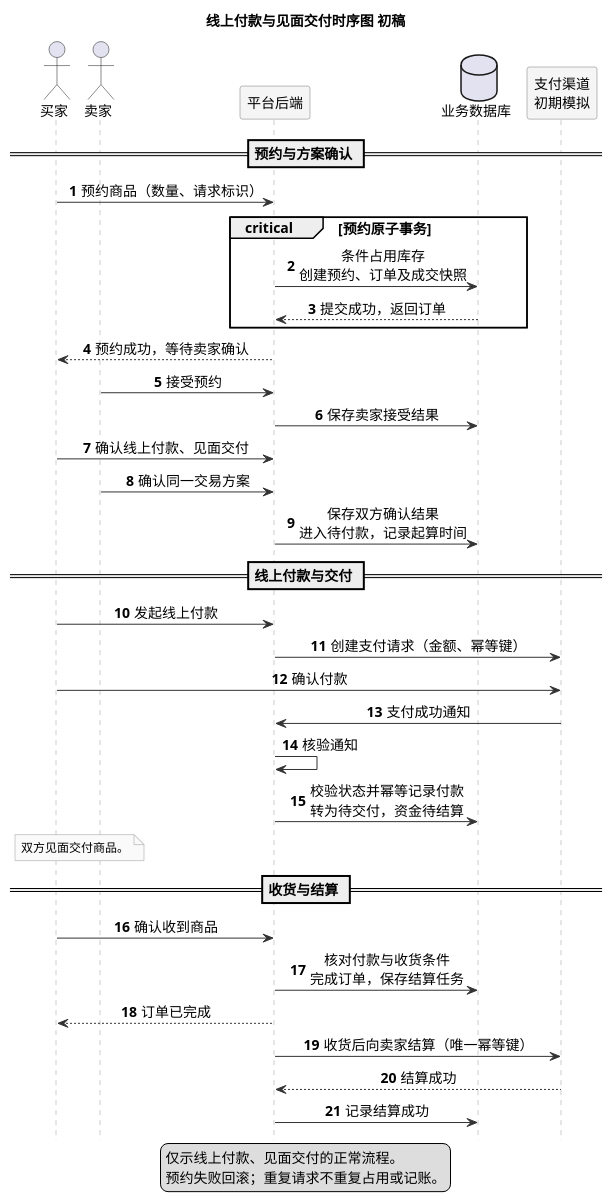
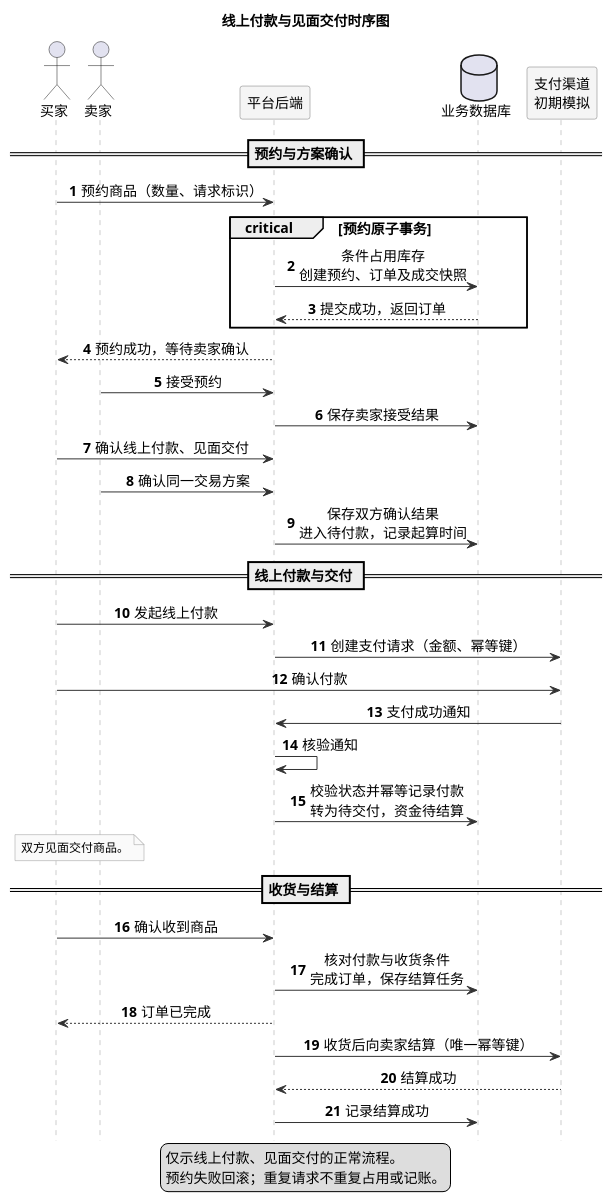
One commit to koishikois259/campus-market changed the diagram in UML/UML时序图.puml. Above: the diagram before and after it, drawn with PlantUML. The commit also changed 13 other files, not shown here.

Commit message:
lab2: clean UML titles and fit sequence design on one page

```diff
--- a/UML/UML时序图.puml
+++ b/UML/UML时序图.puml
@@ -1,61 +1,61 @@
 @startuml
 ' Sequence diagram v0.4, restored three-stage flow after user review, 2026-11-04.
 ' Reference: https://plantuml.com/zh/sequence-diagram
-title 线上付款与见面交付时序图 初稿
+title 线上付款与见面交付时序图
 autonumber
 hide footbox
 skinparam defaultFontName Microsoft YaHei
 skinparam defaultFontSize 14
 skinparam shadowing false
 skinparam sequenceMessageAlign center
 skinparam sequenceParticipantBackgroundColor #F5F5F5
 skinparam sequenceParticipantBorderColor #777777
 skinparam sequenceLifeLineBorderColor #999999
 skinparam sequenceArrowColor #333333
 skinparam noteBackgroundColor #FAFAFA
 skinparam noteBorderColor #999999
 skinparam noteFontSize 12
 
 actor "买家" as Buyer
 actor "卖家" as Seller
 participant "平台后端" as App
 database "业务数据库" as DB
 participant "支付渠道\n初期模拟" as Channel
 
 == 预约与方案确认 ==
 Buyer -> App : 预约商品（数量、请求标识）
 critical 预约原子事务
   App -> DB : 条件占用库存\n创建预约、订单及成交快照
   DB --> App : 提交成功，返回订单
 end
 App --> Buyer : 预约成功，等待卖家确认
 Seller -> App : 接受预约
 App -> DB : 保存卖家接受结果
 Buyer -> App : 确认线上付款、见面交付
 Seller -> App : 确认同一交易方案
 App -> DB : 保存双方确认结果\n进入待付款，记录起算时间
 
 == 线上付款与交付 ==
 Buyer -> App : 发起线上付款
 App -> Channel : 创建支付请求（金额、幂等键）
 Buyer -> Channel : 确认付款
 Channel -> App : 支付成功通知
 App -> App : 核验通知
 App -> DB : 校验状态并幂等记录付款\n转为待交付，资金待结算
 note over Buyer, Seller
   双方见面交付商品。
 end note
 
 == 收货与结算 ==
 Buyer -> App : 确认收到商品
 App -> DB : 核对付款与收货条件\n完成订单，保存结算任务
 App --> Buyer : 订单已完成
 App -> Channel : 收货后向卖家结算（唯一幂等键）
 Channel --> App : 结算成功
 App -> DB : 记录结算成功
 
 legend bottom
   仅示线上付款、见面交付的正常流程。
   预约失败回滚；重复请求不重复占用或记账。
 endlegend
 @enduml
```
